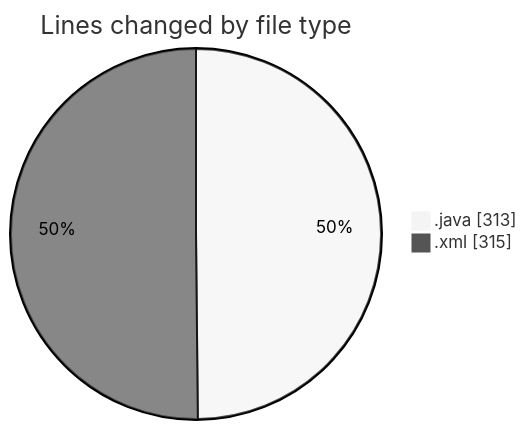
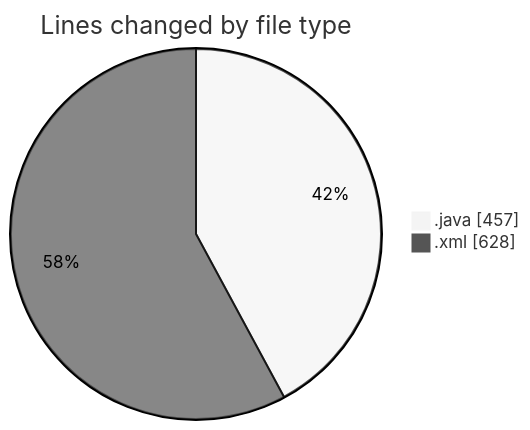
Before and after one commit to charlie-sans/code-tracking: the first of 2 diagrams in 2025-02-26/micros/README.md, drawn with Mermaid (neutral theme). The commit also changed other lines of this file and 1 other file, not shown here.

````diff
--- a/2025-02-26/micros/README.md
+++ b/2025-02-26/micros/README.md
@@ -21,6 +22,6 @@
 ```mermaid
 pie showData
 title Lines changed by file type
-".java" : 313
-".xml" : 315
+".java" : 457
+".xml" : 628
 ```
````
